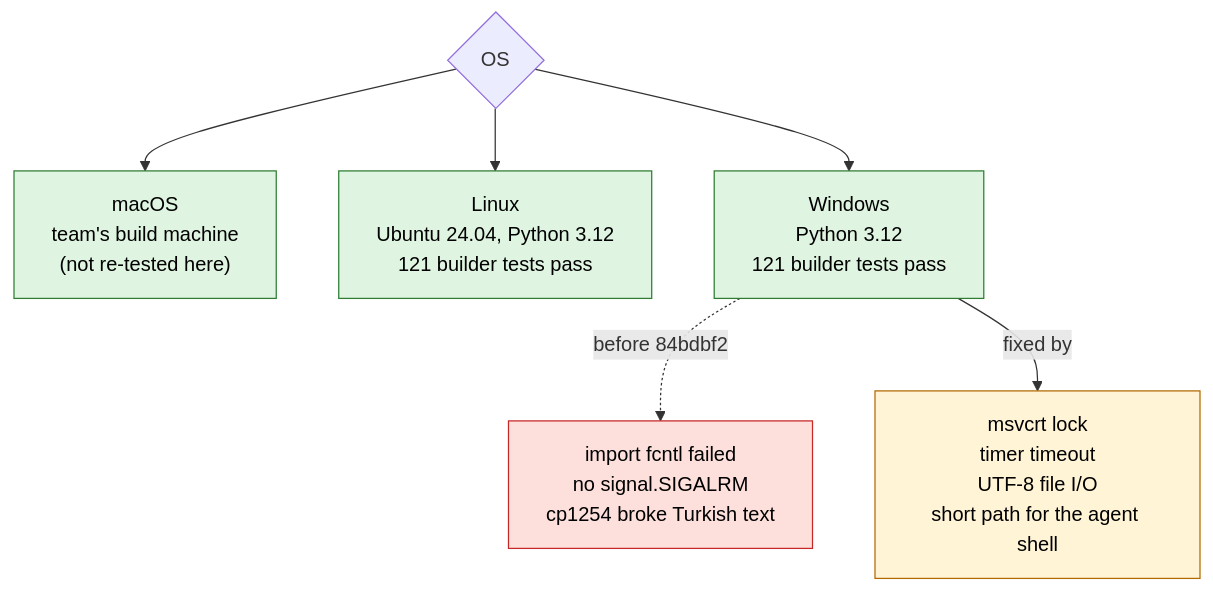
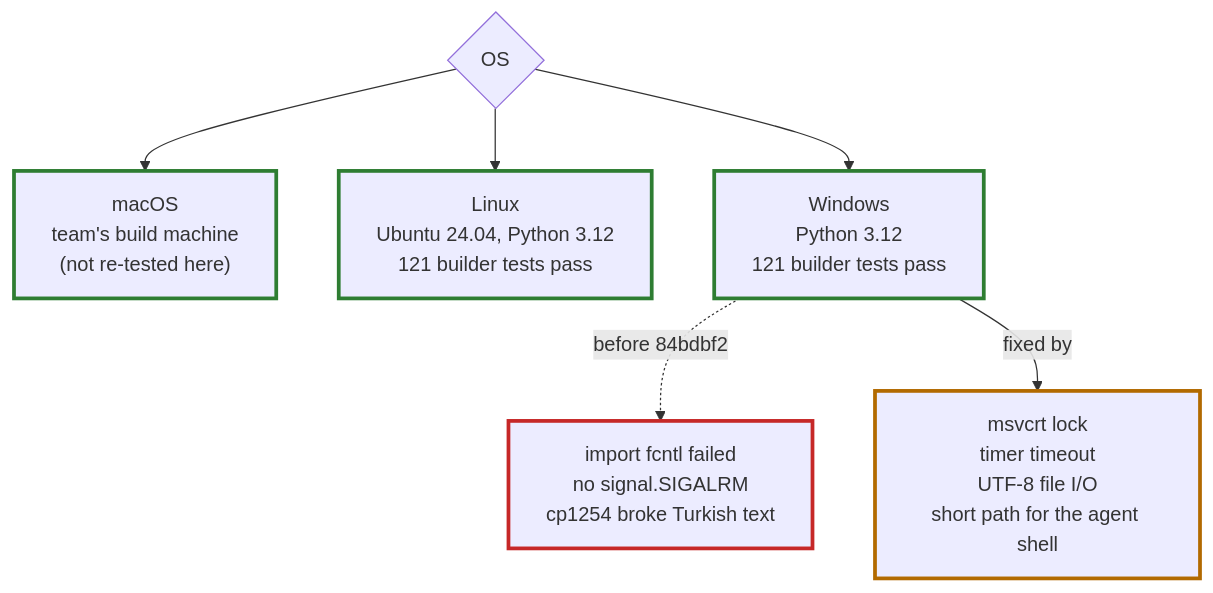
Before and after one commit to Tugaytalha/The-Builder: the third of 3 diagrams in docs/architecture.md, drawn with Mermaid.

Commit message:
Architecture doc: coloured borders instead of fills, so text stays readable in light and dark themes

````diff
--- a/docs/architecture.md
+++ b/docs/architecture.md
@@ -94,14 +94,14 @@
 ```mermaid
 flowchart TD
     Q{"OS"} --> M["macOS<br/>team's build machine<br/>(not re-tested here)"]
     Q --> L["Linux<br/>Ubuntu 24.04, Python 3.12<br/>121 builder tests pass"]
     Q --> W["Windows<br/>Python 3.12<br/>121 builder tests pass"]
     W -.->|"before 84bdbf2"| B["import fcntl failed<br/>no signal.SIGALRM<br/>cp1254 broke Turkish text"]
     W -->|"fixed by"| F["msvcrt lock<br/>timer timeout<br/>UTF-8 file I/O<br/>short path for the agent shell"]
 
-    style M fill:#dff5e1,stroke:#2e7d32,color:#000
-    style L fill:#dff5e1,stroke:#2e7d32,color:#000
-    style W fill:#dff5e1,stroke:#2e7d32,color:#000
-    style B fill:#fde0dc,stroke:#c62828,color:#000
-    style F fill:#fff4d6,stroke:#b26a00,color:#000
+    style M stroke:#2e7d32,stroke-width:3px
+    style L stroke:#2e7d32,stroke-width:3px
+    style W stroke:#2e7d32,stroke-width:3px
+    style B stroke:#c62828,stroke-width:3px
+    style F stroke:#b26a00,stroke-width:3px
 ```
````
